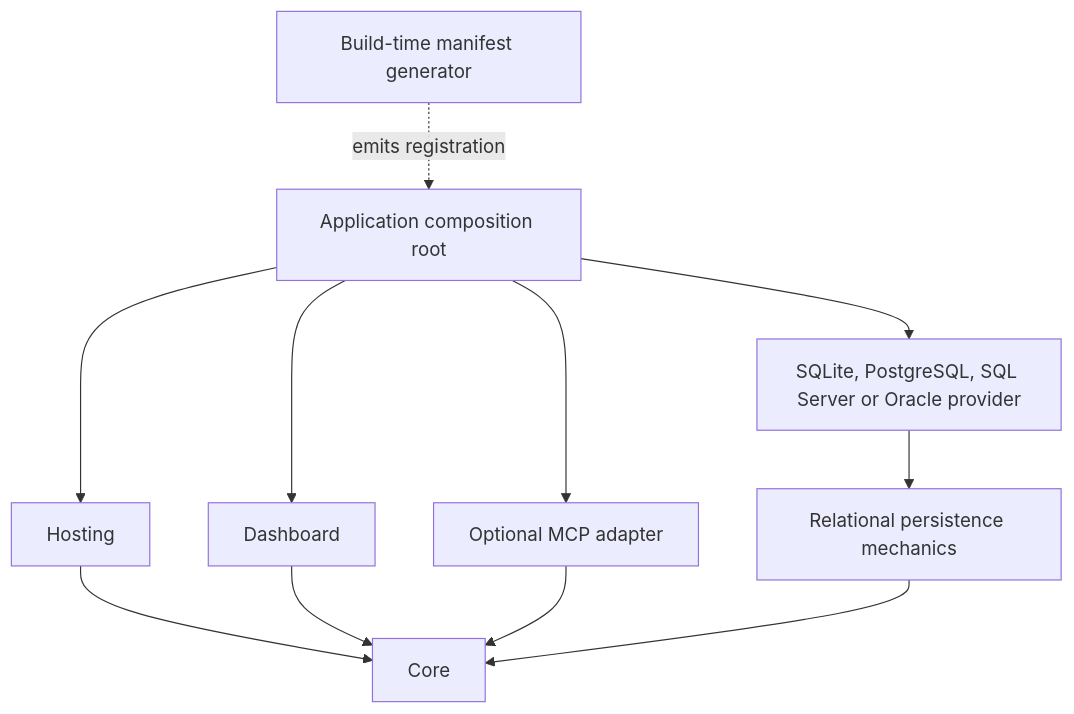
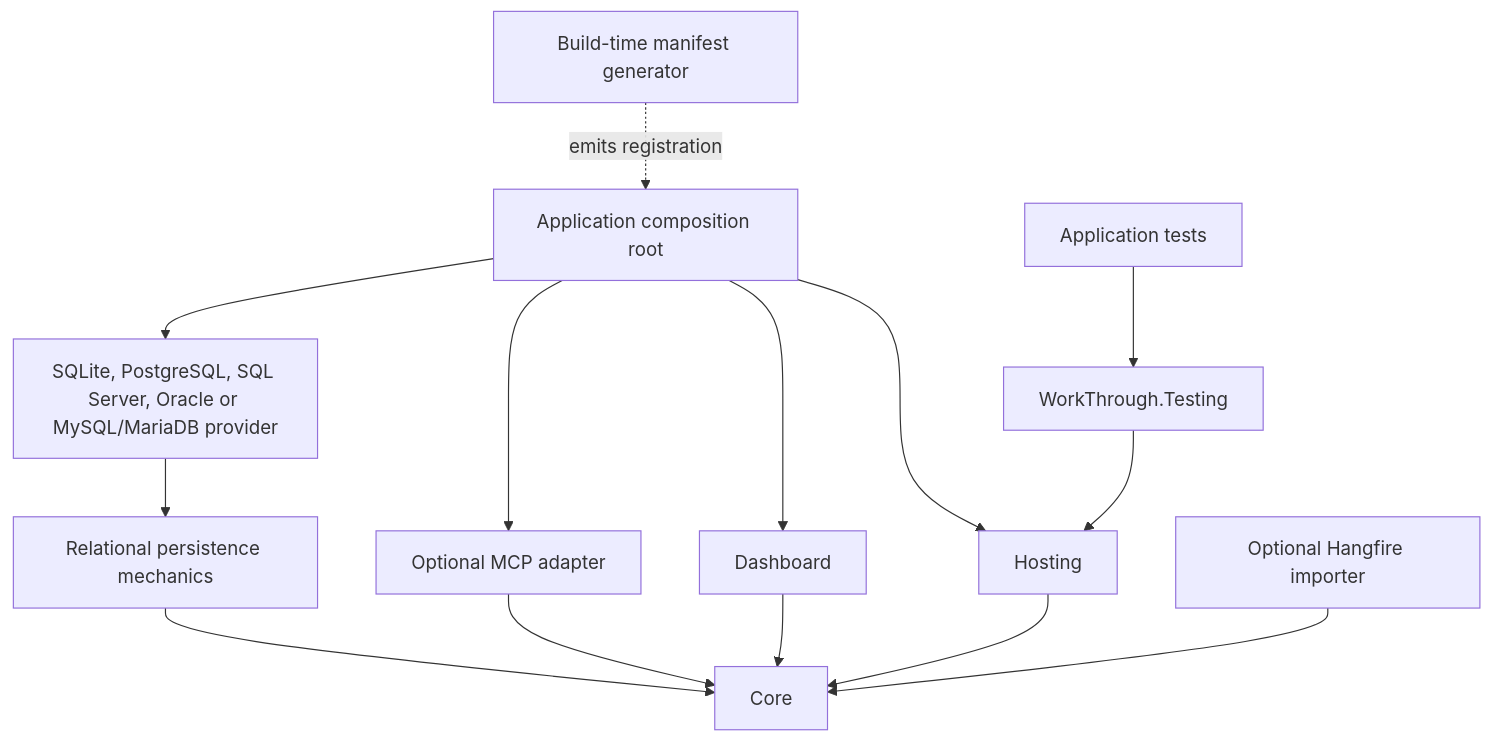
One commit to SDKexplorer/WorkThrough changed the diagram in docs/architecture.md. Above: the diagram before and after it, drawn with Mermaid. The commit also changed other lines of this file and 28 other files, not shown here.

````diff
--- a/docs/architecture.md
+++ b/docs/architecture.md
@@ -7,13 +7,16 @@
 ```mermaid
 flowchart TD
     Sample[Application composition root] --> Hosting
     Sample --> Dashboard
     Sample --> Mcp[Optional MCP adapter]
-    Sample --> Provider[SQLite, PostgreSQL, SQL Server or Oracle provider]
+    Sample --> Provider[SQLite, PostgreSQL, SQL Server, Oracle or MySQL/MariaDB provider]
     Provider --> Relational[Relational persistence mechanics]
+    Tests[Application tests] --> Testing[WorkThrough.Testing]
+    Testing --> Hosting
+    Migration[Optional Hangfire importer] --> Core
     Hosting --> Core
     Dashboard --> Core
     Mcp --> Core
     Relational --> Core
     Generator[Build-time manifest generator] -. emits registration .-> Sample
 ```
````
